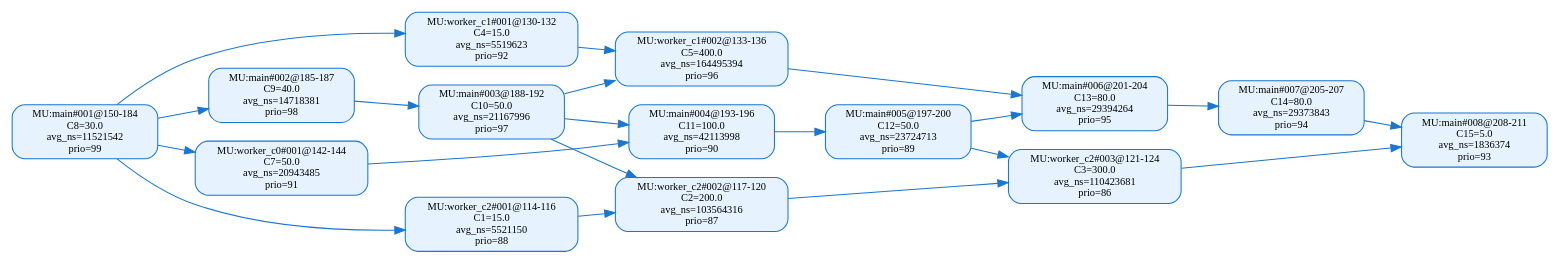
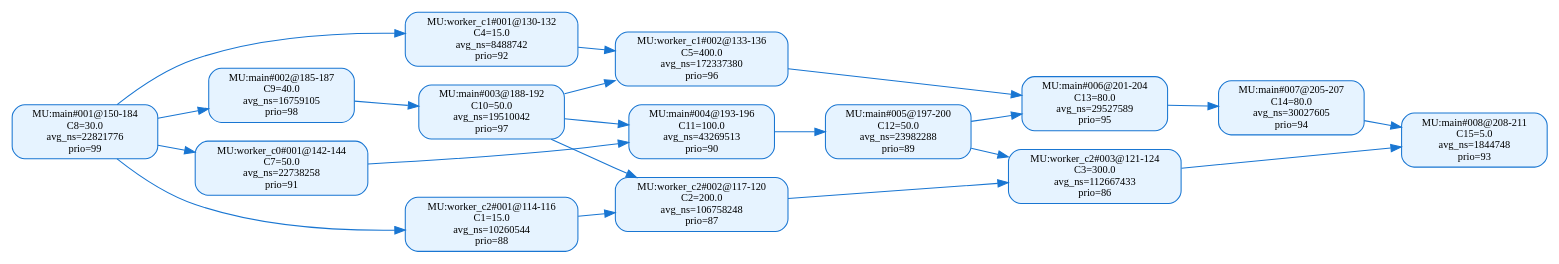
Before and after one commit to RTS-SYSU/DAG-Gen: the diagram in 中间结果/zhang2/pipeline/validation/level2/effective_line_merge/zhao2020/dag_seg_annotated_value.dot, drawn with Graphviz. The commit also changed 1118 other files, not shown here.

```diff
--- a/中间结果/zhang2/pipeline/validation/level2/effective_line_merge/zhao2020/dag_seg_annotated_value.dot
+++ b/中间结果/zhang2/pipeline/validation/level2/effective_line_merge/zhao2020/dag_seg_annotated_value.dot
@@ -1,38 +1,38 @@
 digraph dag_seg_annotated_value {
   rankdir=LR;
   node [shape=box, style="rounded,filled", fillcolor="#E6F3FF", color="#1976D2", fontsize=10];
   edge [color="#1976D2"];
-  "MU:main#001@150-184" [label="MU:main#001@150-184\nC8=30.0\navg_ns=11521542\nprio=99"];
-  "MU:main#002@185-187" [label="MU:main#002@185-187\nC9=40.0\navg_ns=14718381\nprio=98"];
-  "MU:main#003@188-192" [label="MU:main#003@188-192\nC10=50.0\navg_ns=21167996\nprio=97"];
-  "MU:main#004@193-196" [label="MU:main#004@193-196\nC11=100.0\navg_ns=42113998\nprio=90"];
-  "MU:main#005@197-200" [label="MU:main#005@197-200\nC12=50.0\navg_ns=23724713\nprio=89"];
-  "MU:main#006@201-204" [label="MU:main#006@201-204\nC13=80.0\navg_ns=29394264\nprio=95"];
-  "MU:main#007@205-207" [label="MU:main#007@205-207\nC14=80.0\navg_ns=29373843\nprio=94"];
-  "MU:main#008@208-211" [label="MU:main#008@208-211\nC15=5.0\navg_ns=1836374\nprio=93"];
-  "MU:worker_c0#001@142-144" [label="MU:worker_c0#001@142-144\nC7=50.0\navg_ns=20943485\nprio=91"];
-  "MU:worker_c1#001@130-132" [label="MU:worker_c1#001@130-132\nC4=15.0\navg_ns=5519623\nprio=92"];
-  "MU:worker_c1#002@133-136" [label="MU:worker_c1#002@133-136\nC5=400.0\navg_ns=164495394\nprio=96"];
-  "MU:worker_c2#001@114-116" [label="MU:worker_c2#001@114-116\nC1=15.0\navg_ns=5521150\nprio=88"];
-  "MU:worker_c2#002@117-120" [label="MU:worker_c2#002@117-120\nC2=200.0\navg_ns=103564316\nprio=87"];
-  "MU:worker_c2#003@121-124" [label="MU:worker_c2#003@121-124\nC3=300.0\navg_ns=110423681\nprio=86"];
+  "MU:main#001@150-184" [label="MU:main#001@150-184\nC8=30.0\navg_ns=22821776\nprio=99"];
+  "MU:main#002@185-187" [label="MU:main#002@185-187\nC9=40.0\navg_ns=16759105\nprio=98"];
+  "MU:main#003@188-192" [label="MU:main#003@188-192\nC10=50.0\navg_ns=19510042\nprio=97"];
+  "MU:main#004@193-196" [label="MU:main#004@193-196\nC11=100.0\navg_ns=43269513\nprio=90"];
+  "MU:main#005@197-200" [label="MU:main#005@197-200\nC12=50.0\navg_ns=23982288\nprio=89"];
+  "MU:main#006@201-204" [label="MU:main#006@201-204\nC13=80.0\navg_ns=29527589\nprio=95"];
+  "MU:main#007@205-207" [label="MU:main#007@205-207\nC14=80.0\navg_ns=30027605\nprio=94"];
+  "MU:main#008@208-211" [label="MU:main#008@208-211\nC15=5.0\navg_ns=1844748\nprio=93"];
+  "MU:worker_c0#001@142-144" [label="MU:worker_c0#001@142-144\nC7=50.0\navg_ns=22738258\nprio=91"];
+  "MU:worker_c1#001@130-132" [label="MU:worker_c1#001@130-132\nC4=15.0\navg_ns=8488742\nprio=92"];
+  "MU:worker_c1#002@133-136" [label="MU:worker_c1#002@133-136\nC5=400.0\navg_ns=172337380\nprio=96"];
+  "MU:worker_c2#001@114-116" [label="MU:worker_c2#001@114-116\nC1=15.0\navg_ns=10260544\nprio=88"];
+  "MU:worker_c2#002@117-120" [label="MU:worker_c2#002@117-120\nC2=200.0\navg_ns=106758248\nprio=87"];
+  "MU:worker_c2#003@121-124" [label="MU:worker_c2#003@121-124\nC3=300.0\navg_ns=112667433\nprio=86"];
   "MU:worker_c2#001@114-116" -> "MU:worker_c2#002@117-120";
   "MU:worker_c2#002@117-120" -> "MU:worker_c2#003@121-124";
   "MU:worker_c1#001@130-132" -> "MU:worker_c1#002@133-136";
   "MU:main#001@150-184" -> "MU:main#002@185-187";
   "MU:main#002@185-187" -> "MU:main#003@188-192";
   "MU:main#003@188-192" -> "MU:main#004@193-196";
   "MU:main#004@193-196" -> "MU:main#005@197-200";
   "MU:main#005@197-200" -> "MU:main#006@201-204";
   "MU:main#006@201-204" -> "MU:main#007@205-207";
   "MU:main#007@205-207" -> "MU:main#008@208-211";
   "MU:main#001@150-184" -> "MU:worker_c0#001@142-144";
   "MU:main#001@150-184" -> "MU:worker_c1#001@130-132";
   "MU:main#001@150-184" -> "MU:worker_c2#001@114-116";
   "MU:worker_c0#001@142-144" -> "MU:main#004@193-196";
   "MU:worker_c1#002@133-136" -> "MU:main#006@201-204";
   "MU:worker_c2#003@121-124" -> "MU:main#008@208-211";
   "MU:main#003@188-192" -> "MU:worker_c2#002@117-120";
   "MU:main#005@197-200" -> "MU:worker_c2#003@121-124";
   "MU:main#003@188-192" -> "MU:worker_c1#002@133-136";
 }
```
